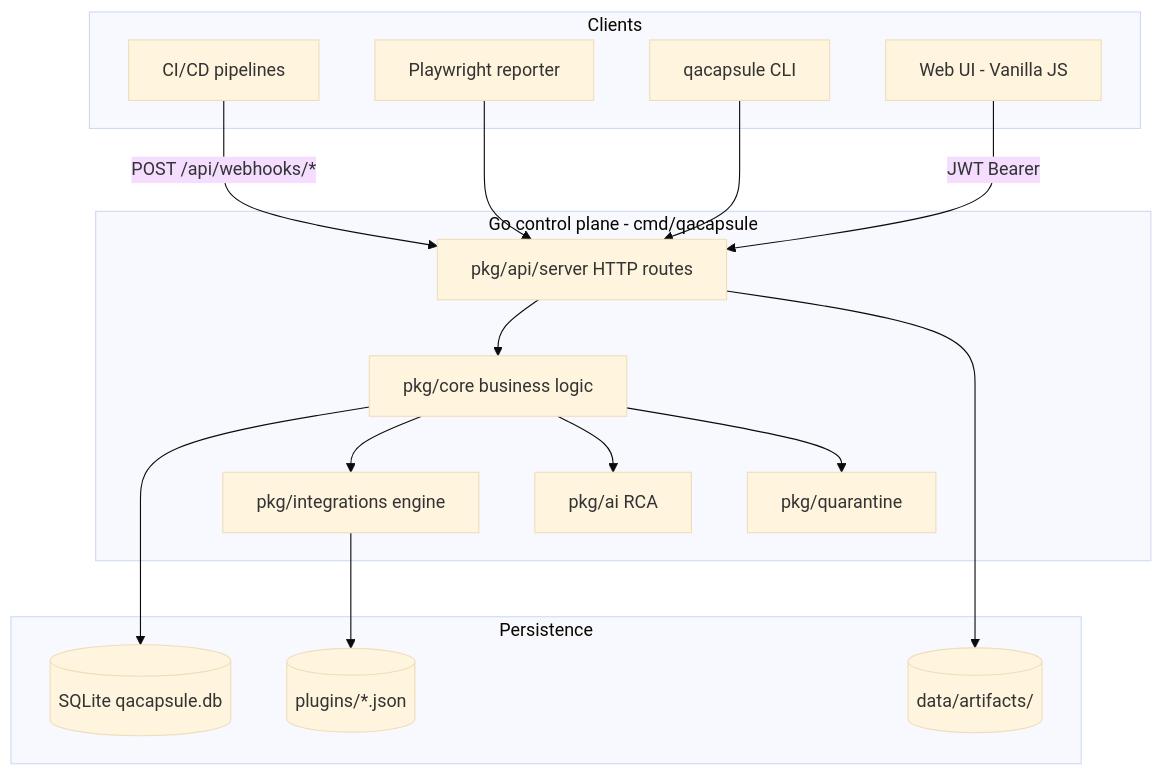
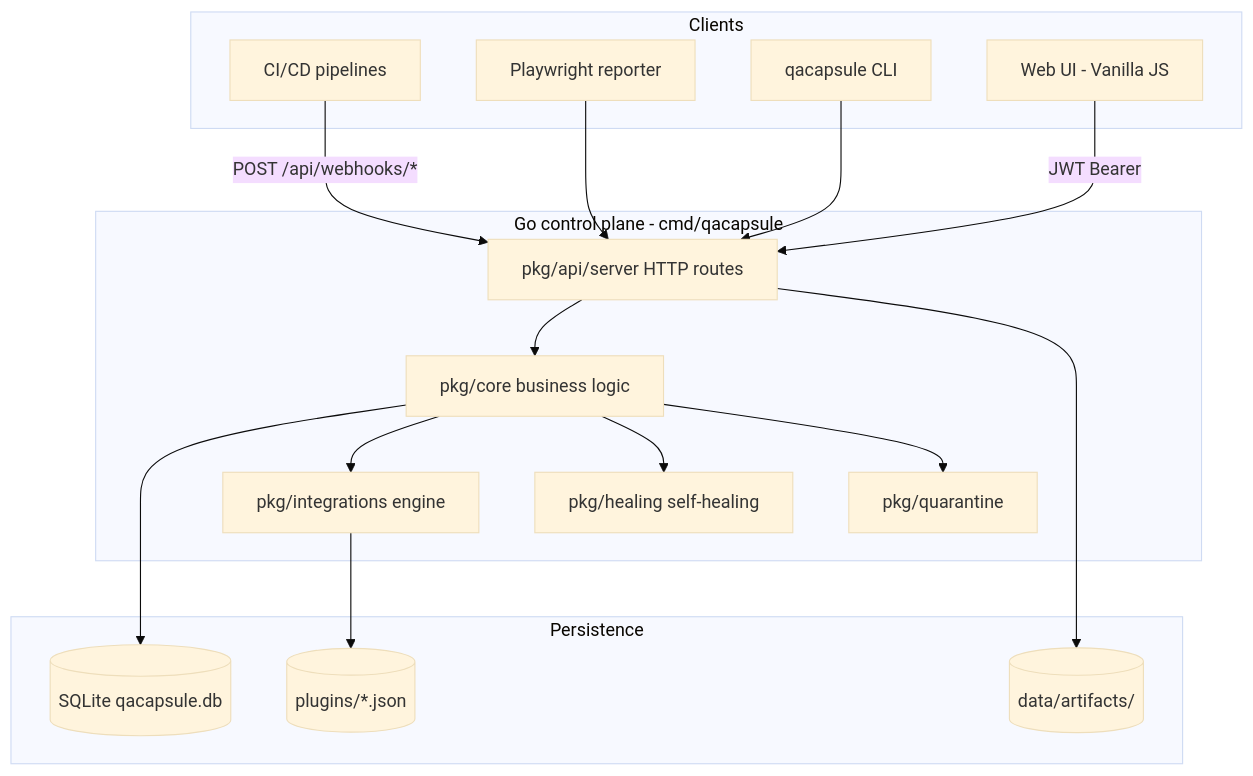
Before and after one commit to QA-Capsule/qa-capsule-community: the first of 2 diagrams in docs/guides/architecture.md, drawn with Mermaid (base theme). The commit also changed other lines of this file and 34 other files, not shown here.

````diff
--- a/docs/guides/architecture.md
+++ b/docs/guides/architecture.md
@@ -28,35 +28,35 @@
 ```mermaid
 flowchart TB
     subgraph clients [Clients]
         CI[CI/CD pipelines]
         PW[Playwright reporter]
         CLI[qacapsule CLI]
         UI[Web UI - Vanilla JS]
     end
 
     subgraph server [Go control plane - cmd/qacapsule]
         API[pkg/api/server HTTP routes]
         CORE[pkg/core business logic]
         INT[pkg/integrations engine]
-        AI[pkg/ai RCA]
+        HEAL[pkg/healing self-healing]
         Q[pkg/quarantine]
     end
 
     subgraph storage [Persistence]
         DB[(SQLite qacapsule.db)]
         ART[(data/artifacts/)]
         PLG[(plugins/*.json)]
     end
 
     CI -->|POST /api/webhooks/*| API
     PW --> API
     CLI --> API
     UI -->|JWT Bearer| API
     API --> CORE
     CORE --> DB
     CORE --> INT
-    CORE --> AI
+    CORE --> HEAL
     CORE --> Q
     INT --> PLG
     API --> ART
 ```
````
